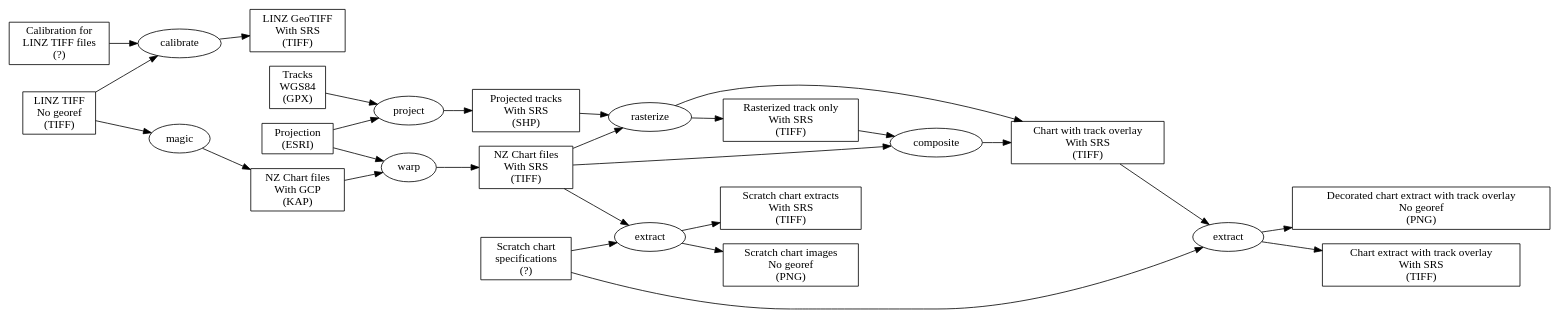
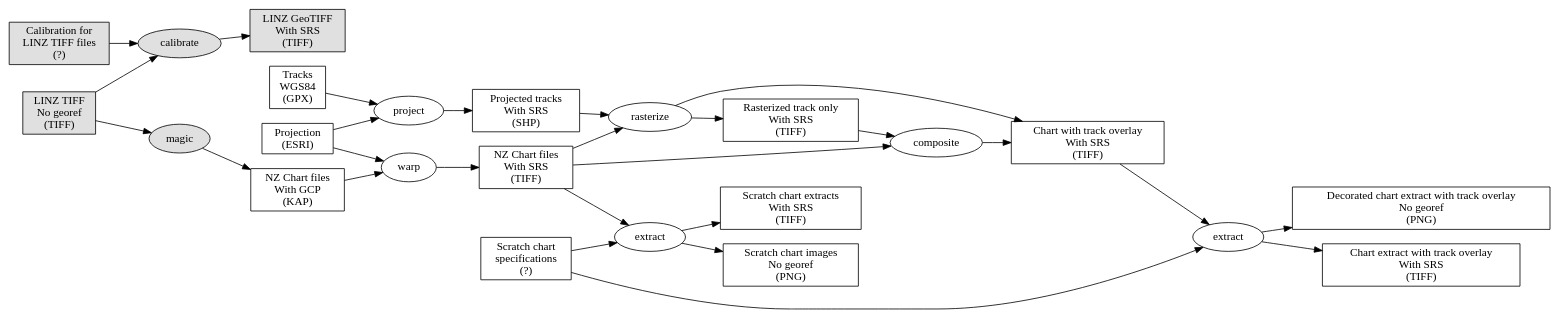
Before and after one commit to ironss/scratch_charts: the diagram in doc/flow.dot, drawn with Graphviz.

Commit message:
Added colour to show which parts are not relevant.

```diff
--- a/doc/flow.dot
+++ b/doc/flow.dot
@@ -1,65 +1,67 @@
 digraph
 {
    rankdir=LR
 
    {
       node [ shape=box ]
-      LINZ_tif         [ label="LINZ TIFF\nNo georef\n(TIFF)" ]
-      LINZ_GTiff       [ label="LINZ GeoTIFF\nWith SRS\n(TIFF)" ]
+      LINZ_tif         [ label="LINZ TIFF\nNo georef\n(TIFF)", style=filled, fillcolor="#E0E0E0" ]
+      LINZ_GTiff       [ label="LINZ GeoTIFF\nWith SRS\n(TIFF)", style=filled, fillcolor="#E0E0E0" ]
+      LINZ_cal         [ label="Calibration for\nLINZ TIFF files\n(?)", style=filled, fillcolor="#E0E0E0" ]
       NZ_chart_kap     [ label="NZ Chart files\nWith GCP\n(KAP)" ]
-      LINZ_cal         [ label="Calibration for\nLINZ TIFF files\n(?)" ]
       NZ_chart_tiff    [ label="NZ Chart files\nWith SRS\n(TIFF)" ]
       scratch_spec     [ label="Scratch chart\nspecifications\n(?)" ]
       track_gpx        [ label="Tracks\nWGS84\n(GPX)" ]
       track_shp        [ label="Projected tracks\nWith SRS\n(SHP)" ]
       projection       [ label="Projection\n(ESRI)" ]
       scratch_png      [ label="Scratch chart images\nNo georef\n(PNG)" ]
       scratch_tiff     [ label="Scratch chart extracts\nWith SRS\n(TIFF)" ]
       track_overlay       [ label="Rasterized track only\nWith SRS\n(TIFF)" ]
       chart_with_overlay  [ label="Chart with track overlay\nWith SRS\n(TIFF)" ]
       scratch_with_overlay_png  [ label="Decorated chart extract with track overlay\nNo georef\n(PNG)" ]
       scratch_with_overlay_tiff [ label="Chart extract with track overlay\nWith SRS\n(TIFF)" ]
    }
    
+   calibrate [ style=filled, fillcolor="#E0E0E0" ]
+   magic [ style=filled, fillcolor="#E0E0E0" ]
    extract1 [ label="extract" ]
       
    LINZ_tif -> calibrate
    LINZ_cal -> calibrate
    calibrate -> LINZ_GTiff
 
    LINZ_tif -> magic
    magic -> NZ_chart_kap
    
    NZ_chart_kap -> warp
    projection -> warp
    warp -> NZ_chart_tiff
    
    NZ_chart_tiff -> extract
    scratch_spec -> extract
    extract -> scratch_png
    extract -> scratch_tiff
    
    track_gpx -> project
    projection -> project
    project -> track_shp
    
    track_shp -> rasterize
    NZ_chart_tiff -> rasterize
    rasterize -> chart_with_overlay
    rasterize -> track_overlay
    
 #   track_shp -> summarize
 #   scratch_spec -> summarize
 #   NZ_chart_tiff -> summarize
 #   summarize -> small_chart_with_track_png
 
    NZ_chart_tiff -> composite
    track_overlay -> composite
    composite -> chart_with_overlay
    
    scratch_spec -> extract1
    chart_with_overlay -> extract1
    extract1 -> scratch_with_overlay_tiff
    extract1 -> scratch_with_overlay_png
    
 }
```
